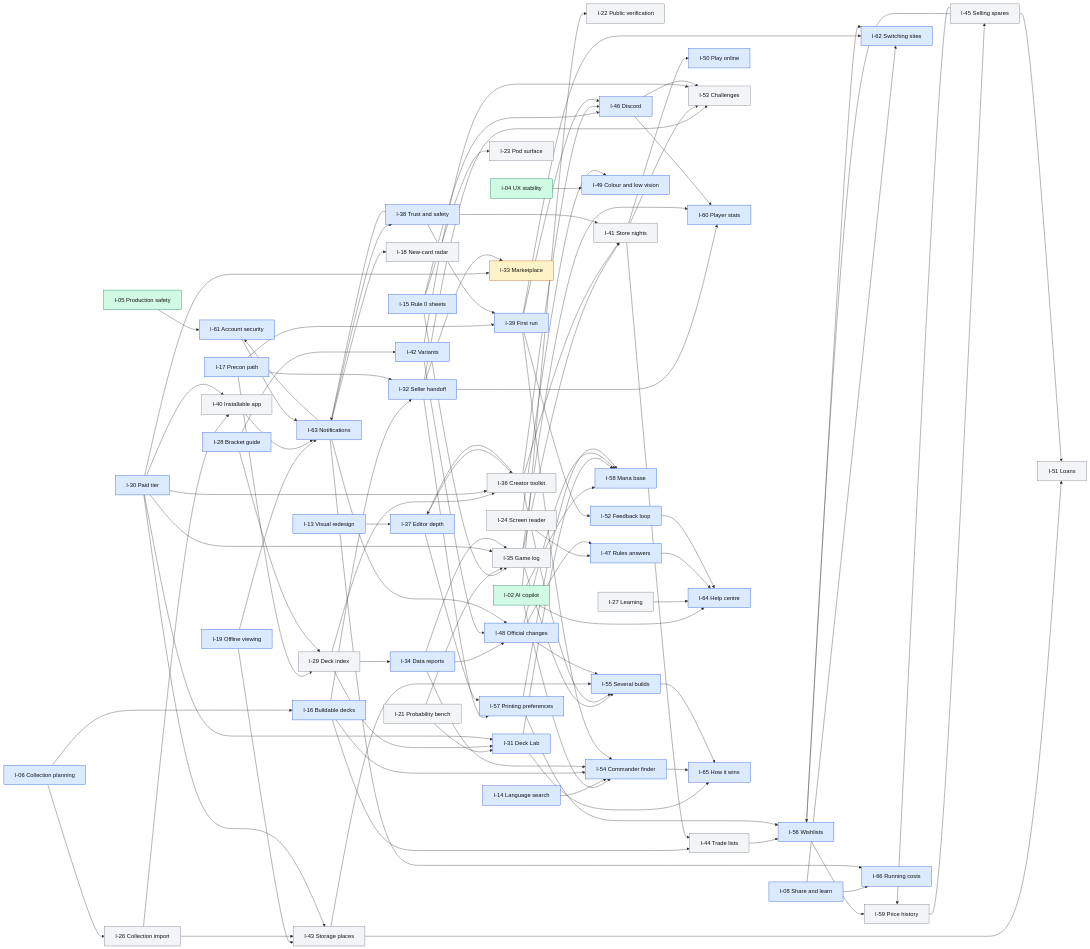
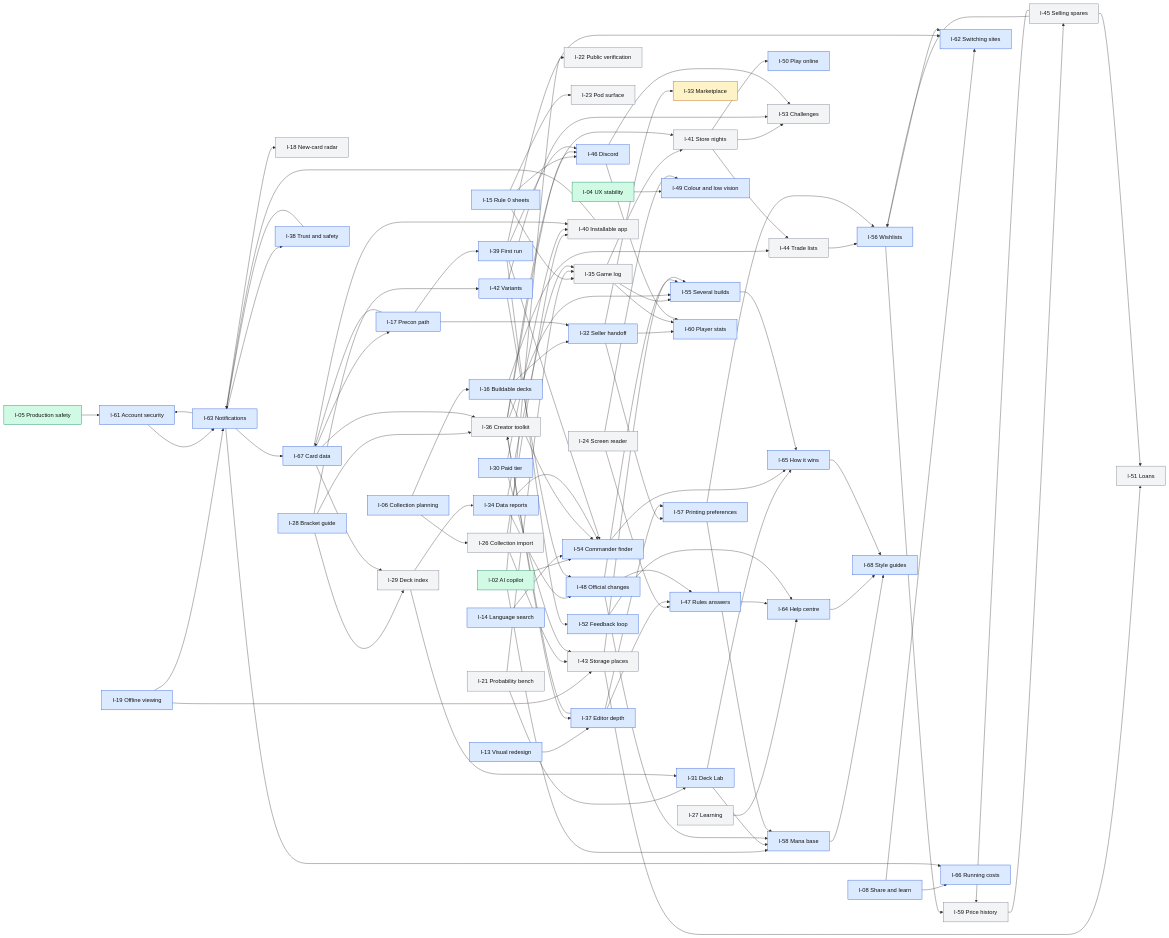
The diagram in docs/product/specs/dependency-graph.md (KaelSensei/MagicAIBuilder), drawn with Mermaid before and after one commit. The commit also changed other lines of this file and 33 other files, not shown here.

````diff
--- a/docs/product/specs/dependency-graph.md
+++ b/docs/product/specs/dependency-graph.md
@@ -153,10 +157,11 @@
   I64["I-64 Help centre"]
   I65["I-65 How it wins"]
   I66["I-66 Running costs"]
+  I67["I-67 Card data"]
+  I68["I-68 Style guides"]
   I02 --> I22
   I02 --> I54
   I02 --> I58
-  I02 --> I64
   I04 --> I49
   I05 --> I61
   I06 --> I16
@@ -171,9 +176,9 @@
   I16 --> I32
   I16 --> I44
   I16 --> I54
-  I17 --> I29
   I17 --> I32
   I17 --> I39
+  I17 --> I67
   I19 --> I43
   I19 --> I63
   I21 --> I31
@@ -184,20 +189,15 @@
   I26 --> I43
   I27 --> I64
   I28 --> I29
+  I28 --> I36
   I28 --> I42
   I29 --> I31
   I29 --> I34
-  I29 --> I36
-  I30 --> I31
-  I30 --> I33
-  I30 --> I35
-  I30 --> I36
   I30 --> I40
   I30 --> I43
   I31 --> I58
   I31 --> I65
   I32 --> I33
-  I32 --> I53
   I32 --> I57
   I32 --> I60
   I34 --> I35
@@ -211,9 +211,8 @@
   I36 --> I46
   I36 --> I55
   I37 --> I36
+  I37 --> I47
   I37 --> I57
-  I38 --> I39
-  I38 --> I41
   I38 --> I63
   I39 --> I46
   I39 --> I52
@@ -244,19 +243,26 @@
   I56 --> I62
   I57 --> I56
   I57 --> I58
+  I58 --> I68
   I59 --> I45
   I61 --> I63
   I63 --> I18
   I63 --> I38
-  I63 --> I48
   I63 --> I61
   I63 --> I66
+  I63 --> I67
+  I64 --> I68
+  I65 --> I68
+  I67 --> I17
+  I67 --> I29
+  I67 --> I36
+  I67 --> I40
   classDef now fill:#d1fae5,stroke:#047857,color:#111
   classDef next fill:#dbeafe,stroke:#1d4ed8,color:#111
   classDef later fill:#f3f4f6,stroke:#6b7280,color:#111
   classDef parked fill:#fef3c7,stroke:#b45309,color:#111
   class I02,I04,I05 now
-  class I06,I08,I13,I14,I15,I16,I17,I19,I28,I30,I31,I32,I34,I37,I38,I39,I42,I46,I47,I48,I49,I50,I52,I54,I55,I56,I57,I58,I60,I61,I62,I63,I64,I65,I66 next
+  class I06,I08,I13,I14,I15,I16,I17,I19,I28,I30,I31,I32,I34,I37,I38,I39,I42,I46,I47,I48,I49,I50,I52,I54,I55,I56,I57,I58,I60,I61,I62,I63,I64,I65,I66,I67,I68 next
   class I18,I21,I22,I23,I24,I26,I27,I29,I35,I36,I40,I41,I43,I44,I45,I51,I53,I59 later
   class I33 parked
 ```
````
